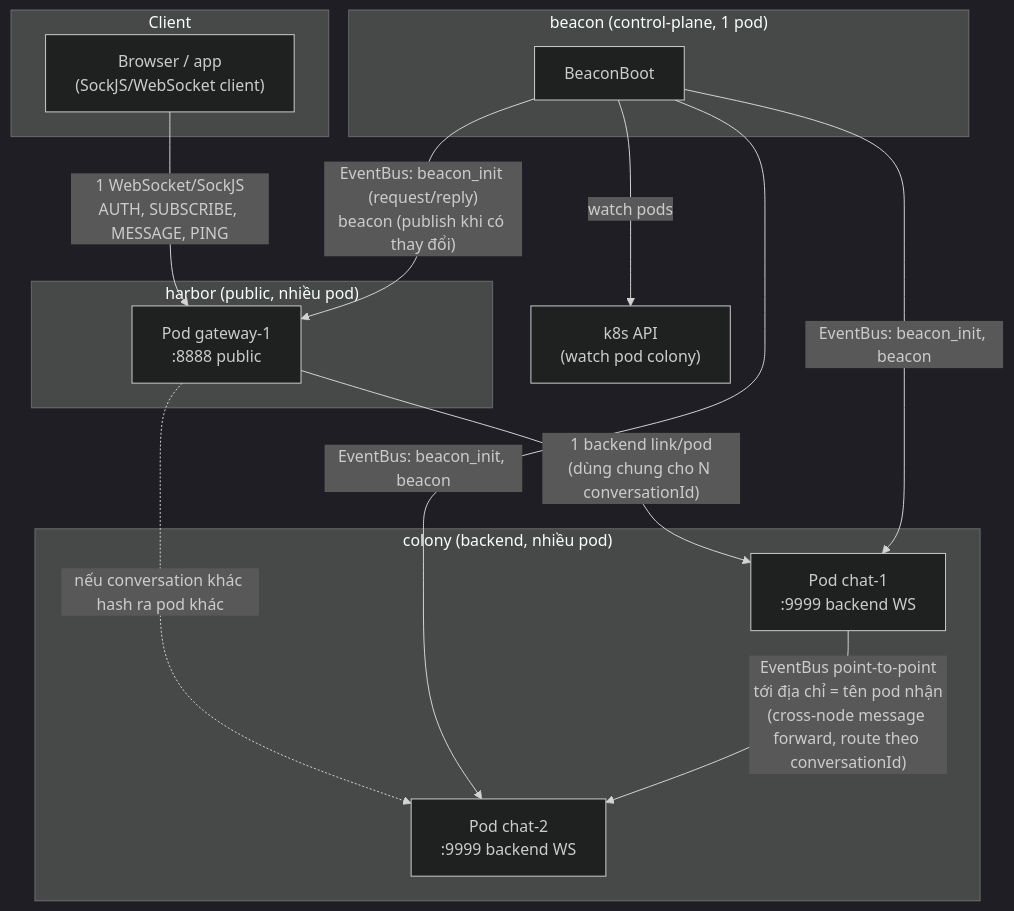
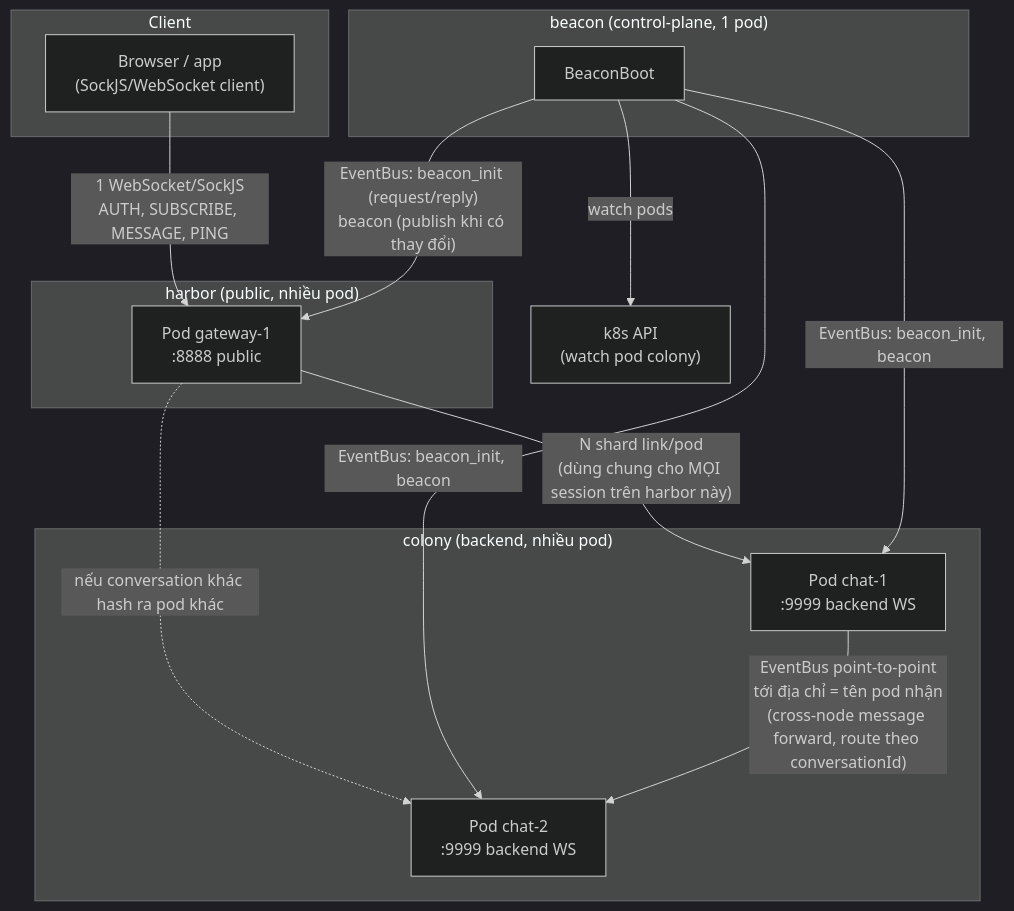
Before and after one commit to namnv98/pingo: the first of 3 diagrams in ARCHITECTURE.md, drawn with Mermaid (dark theme). The commit also changed other lines of this file and 15 other files, not shown here.

First line of the commit message:
Shard harbor<->colony backend links across sessions instead of per-session

````diff
--- a/ARCHITECTURE.md
+++ b/ARCHITECTURE.md
@@ -25,32 +28,32 @@
 ```mermaid
 graph TB
     subgraph client["Client"]
         Browser["Browser / app<br/>(SockJS/WebSocket client)"]
     end
 
     subgraph gw["harbor (public, nhiều pod)"]
         GW1["Pod gateway-1<br/>:8888 public"]
     end
 
     subgraph chat["colony (backend, nhiều pod)"]
         MC1["Pod chat-1<br/>:9999 backend WS"]
         MC2["Pod chat-2<br/>:9999 backend WS"]
     end
 
     subgraph sig["beacon (control-plane, 1 pod)"]
         SIG["BeaconBoot"]
     end
 
     K8S["k8s API<br/>(watch pod colony)"]
 
     Browser -- "1 WebSocket/SockJS<br/>AUTH, SUBSCRIBE, MESSAGE, PING" --> GW1
-    GW1 -- "1 backend link/pod<br/>(dùng chung cho N conversationId)" --> MC1
+    GW1 -- "N shard link/pod<br/>(dùng chung cho MỌI session trên harbor này)" --> MC1
     GW1 -.->|"nếu conversation khác hash ra pod khác"| MC2
 
     SIG -- "watch pods" --> K8S
     SIG -- "EventBus: beacon_init (request/reply)<br/>beacon (publish khi có thay đổi)" --> GW1
     SIG -- "EventBus: beacon_init, beacon" --> MC1
     SIG -- "EventBus: beacon_init, beacon" --> MC2
 
     MC1 -- "EventBus point-to-point<br/>tới địa chỉ = tên pod nhận<br/>(cross-node message forward, route theo conversationId)" --> MC2
 ```
````
